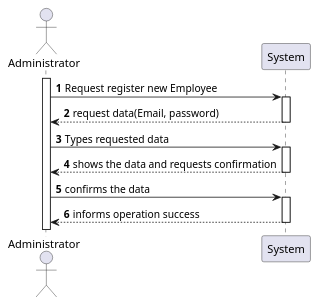
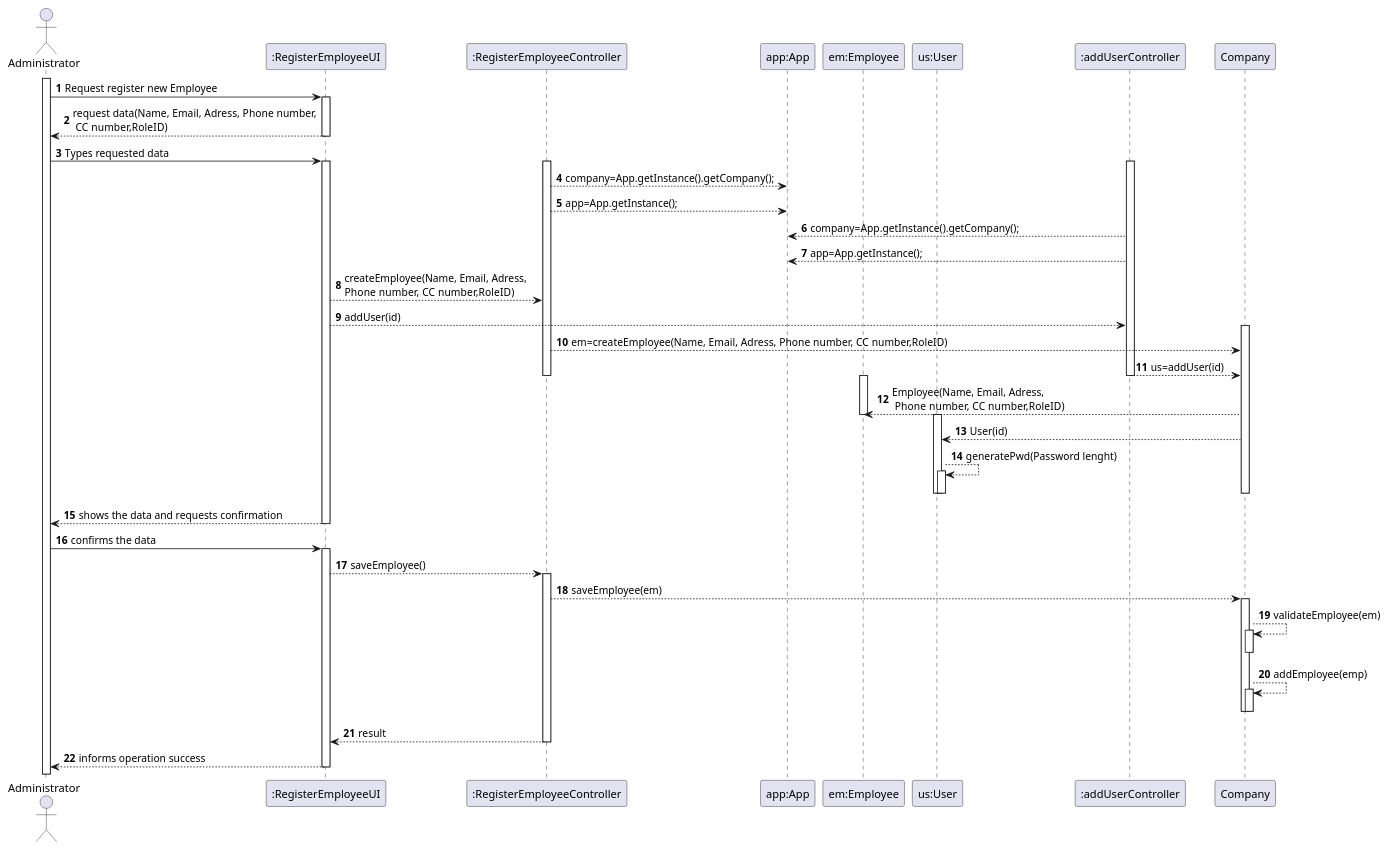
One commit to osnilas/SNSsystem changed the diagram in docs/SprintB/US010/US010_SD.puml. Above: the diagram before and after it, drawn with PlantUML. The commit also changed 16 other files, not shown here.

```diff
--- a/docs/SprintB/US010/US010_SD.puml
+++ b/docs/SprintB/US010/US010_SD.puml
@@ -1,19 +1,66 @@
 @startuml
 'https://plantuml.com/class-diagram
 
 autonumber
     actor Administrator
+
+    participant ":RegisterEmployeeUI" as UI
+    participant ":RegisterEmployeeController" as  CTRL
+    participant "app:App" as _APP
+    participant "em:Employee" as EM
+    participant "us:User" as US
+    participant ":addUserController" as CTRL1
+
     activate Administrator
-    Administrator -> System: Request register new Employee
-    activate System
-    System --> Administrator: request data(Email, password)
-    deactivate System
-    System <- Administrator: Types requested data
-    activate System
-    Administrator <-- System: shows the data and requests confirmation
-    deactivate System
-    Administrator -> System: confirms the data
-    activate System
-    Administrator <-- System: informs operation success
-    deactivate System
+    Administrator -> UI: Request register new Employee
+    activate UI
+    UI --> Administrator: request data(Name, Email, Adress, Phone number,\n CC number,RoleID)
+   deactivate UI
+    UI <- Administrator: Types requested data
+    activate UI
+    activate CTRL
+    activate CTRL1
+    CTRL-->_APP:company=App.getInstance().getCompany();
+    CTRL-->_APP:app=App.getInstance();
+    CTRL1-->_APP:company=App.getInstance().getCompany();
+    CTRL1-->_APP:app=App.getInstance();
+    UI-->CTRL:createEmployee(Name, Email, Adress, \nPhone number, CC number,RoleID)
+    UI-->CTRL1:addUser(id)
+    activate Company
+    CTRL-->Company:em=createEmployee(Name, Email, Adress, Phone number, CC number,RoleID)
+    CTRL1-->Company:us=addUser(id)
+    deactivate CTRL
+    deactivate CTRL1
+    activate  EM
+    Company-->EM:Employee(Name, Email, Adress,\n Phone number, CC number,RoleID)
+    deactivate EM
+    activate US
+    Company-->US:User(id)
+    US-->US:generatePwd(Password lenght)
+    activate US
+    deactivate US
+    deactivate US
+    deactivate Company
+    deactivate CTRL1
+    deactivate CTRL
+    Administrator <-- UI: shows the data and requests confirmation
+    deactivate UI
+    Administrator -> UI: confirms the data
+    activate UI
+    UI-->CTRL:saveEmployee()
+    activate CTRL
+    CTRL-->Company:saveEmployee(em)
+    activate Company
+    Company-->Company:validateEmployee(em)
+    activate Company
+    deactivate Company
+    Company-->Company:addEmployee(emp)
+    activate Company
+    deactivate Company
+    deactivate Company
+    CTRL-->UI:result
+    deactivate CTRL
+    Administrator <-- UI: informs operation success
+    deactivate UI
+
 @enduml
```
